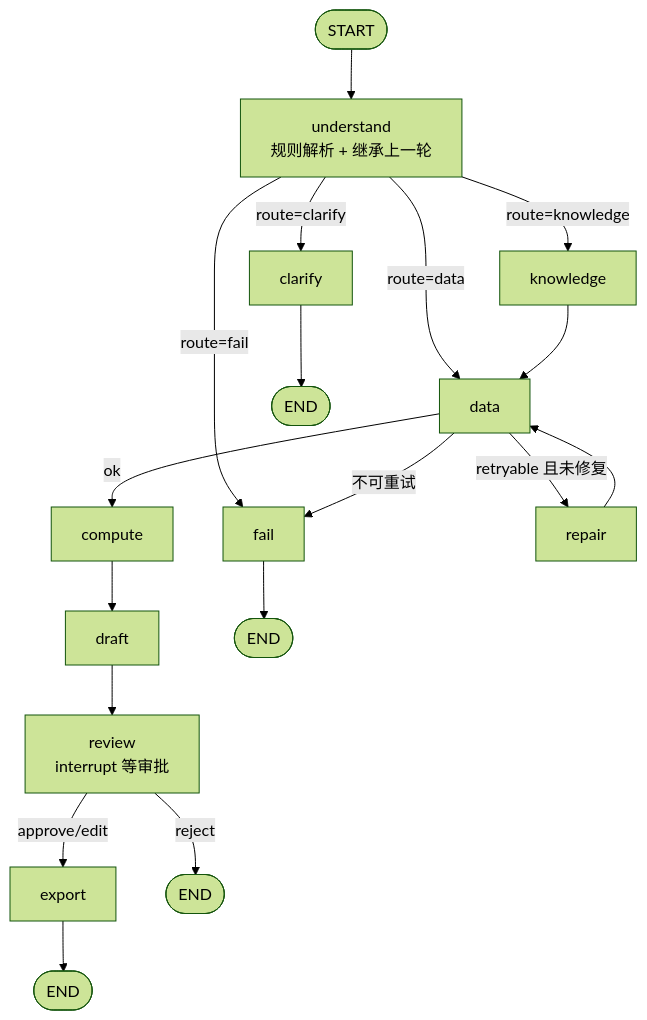
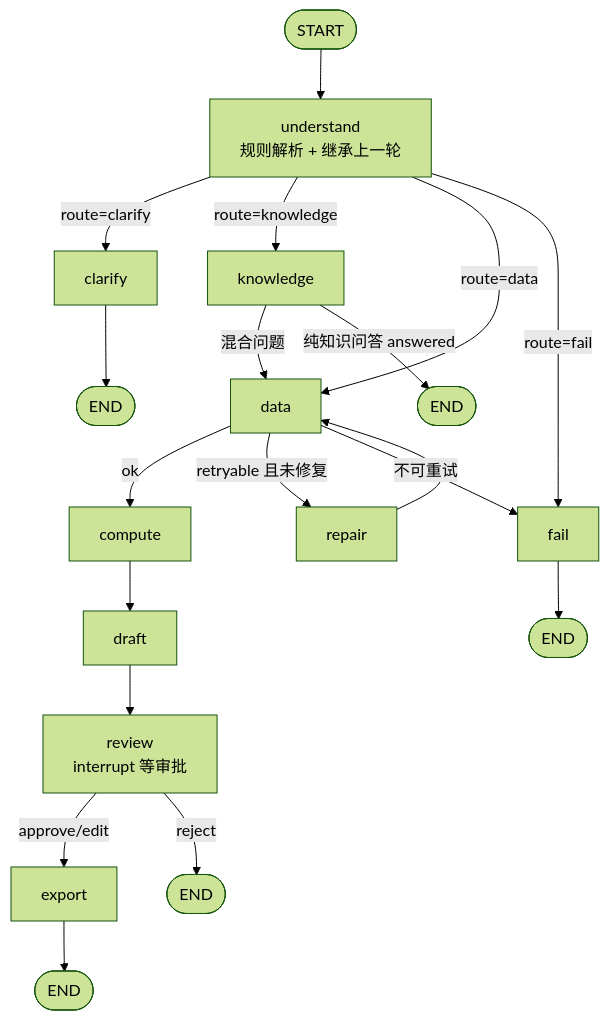
Before and after one commit to CellMook/langgraph-ops-assistant: the second of 5 diagrams in docs/architecture.md, drawn with Mermaid (forest theme). The commit also changed other lines of this file and 58 other files, not shown here.

````diff
--- a/docs/architecture.md
+++ b/docs/architecture.md
@@ -72,21 +72,22 @@
 ```mermaid
 flowchart TD
     START([START]) --> U[understand<br/>规则解析 + 继承上一轮]
     U -->|route=clarify| C[clarify]
     U -->|route=knowledge| K[knowledge]
     U -->|route=data| D[data]
     U -->|route=fail| F[fail]
 
-    K --> D
+    K -->|混合问题| D
+    K -->|纯知识问答 answered| END5([END])
     D -->|ok| P[compute]
     D -->|retryable 且未修复| R[repair]
     D -->|不可重试| F
     R --> D
     P --> DR[draft]
     DR --> RV[review<br/>interrupt 等审批]
     RV -->|approve/edit| E[export]
     RV -->|reject| END1([END])
     E --> END2([END])
     C --> END3([END])
     F --> END4([END])
 ```
````
